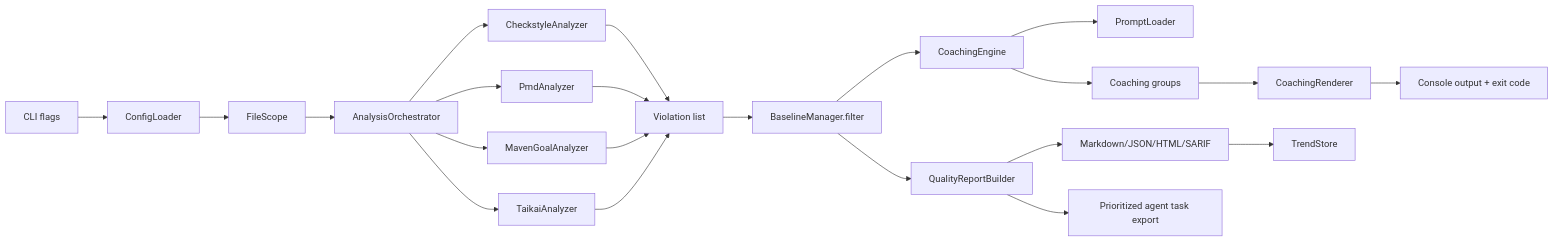
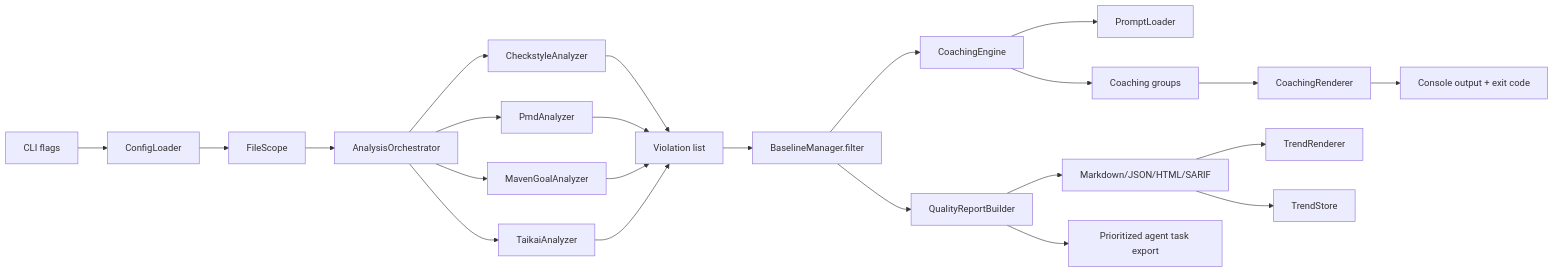
The diagram in ARCHITECTURE.md (patbaumgartner/habit-hooks), drawn with Mermaid before and after one commit. The commit also changed other lines of this file and 22 other files, not shown here.

````diff
--- a/ARCHITECTURE.md
+++ b/ARCHITECTURE.md
@@ -8,24 +8,25 @@
 ```mermaid
 flowchart LR
     A[CLI flags] --> B[ConfigLoader]
     B --> C[FileScope]
     C --> D[AnalysisOrchestrator]
     D --> E[CheckstyleAnalyzer]
     D --> F[PmdAnalyzer]
     D --> N[MavenGoalAnalyzer]
     D --> O[TaikaiAnalyzer]
     E --> G[Violation list]
     F --> G
     N --> G
     O --> G
     G --> H[BaselineManager.filter]
     H --> I[CoachingEngine]
     I --> J[PromptLoader]
     I --> K[Coaching groups]
     K --> L[CoachingRenderer]
     L --> M[Console output + exit code]
     H --> P[QualityReportBuilder]
     P --> Q[Markdown/JSON/HTML/SARIF]
+    Q --> T[TrendRenderer]
     Q --> S[TrendStore]
     P --> R[Prioritized agent task export]
 ```
````
